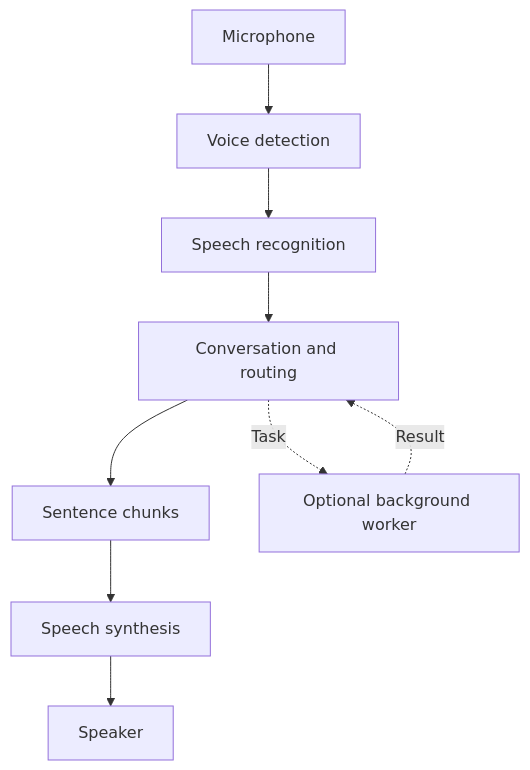
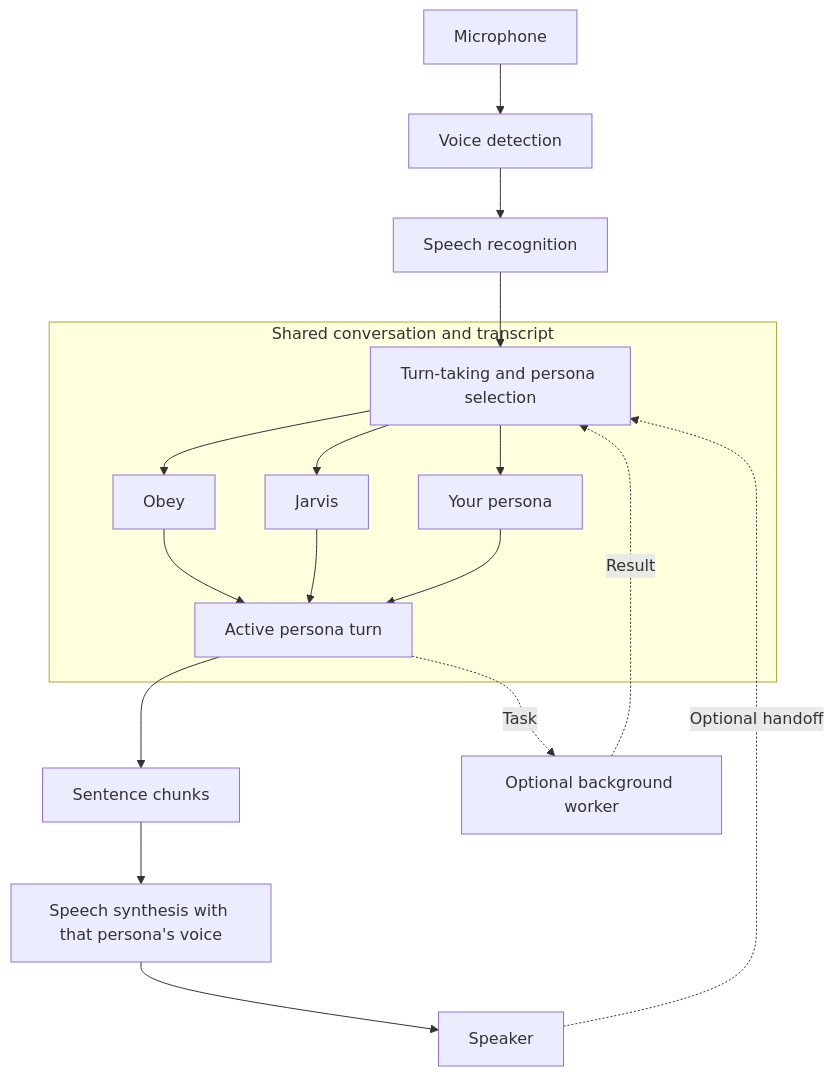
The diagram in docs/voice-stack.md (Obedience-Corp/obey-voice), drawn with Mermaid before and after one commit. The commit also changed other lines of this file, not shown here.

Commit message:
[mytools:8a57dff6] docs: show shared personas and complete voice provider options

````diff
--- a/docs/voice-stack.md
+++ b/docs/voice-stack.md
@@ -5,11 +7,21 @@
 ```mermaid
 flowchart TD
     mic[Microphone] --> vad[Voice detection]
     vad --> stt[Speech recognition]
-    stt --> brain[Conversation and routing]
-    brain --> chunks[Sentence chunks]
-    chunks --> tts[Speech synthesis]
+    stt --> select
+    subgraph conversation[Shared conversation and transcript]
+        select[Turn-taking and persona selection]
+        select --> obey[Obey]
+        select --> jarvis[Jarvis]
+        select --> custom[Your persona]
+        obey --> turn[Active persona turn]
+        jarvis --> turn
+        custom --> turn
+    end
+    turn --> chunks[Sentence chunks]
+    chunks --> tts[Speech synthesis with that persona's voice]
     tts --> speaker[Speaker]
-    brain -. Task .-> worker[Optional background worker]
-    worker -. Result .-> brain
+    speaker -. Optional handoff .-> select
+    turn -. Task .-> worker[Optional background worker]
+    worker -. Result .-> select
 ```
````
